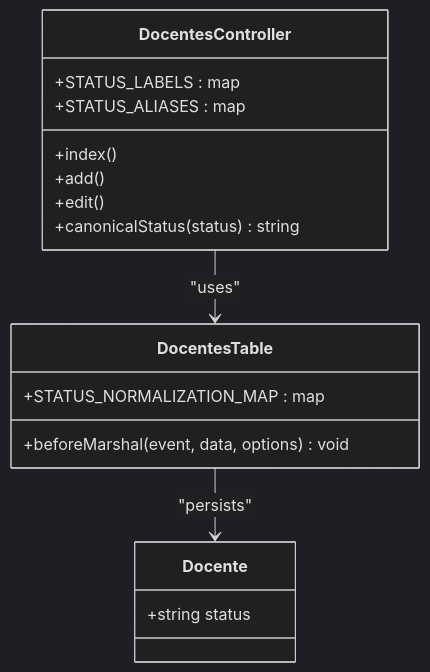
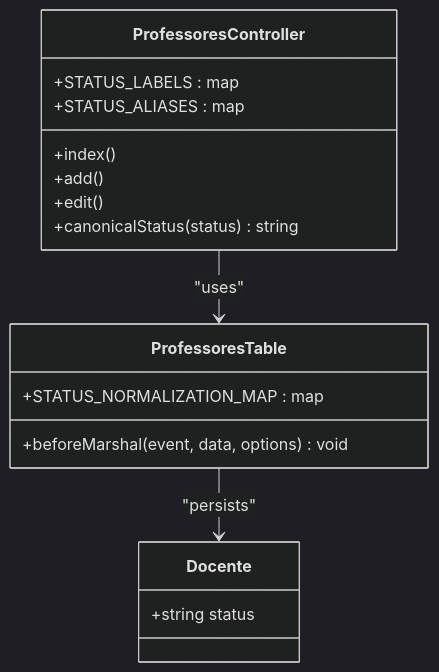
One commit to luiseduacosta/planejamento5 changed the fourth of 8 diagrams in .qoder/repowiki/en/content/Core Features/Faculty Management/Faculty Status Tracking.md. Above: the diagram before and after it, drawn with Mermaid (dark theme). The commit also changed other lines of this file and 37 other files, not shown here.

Commit message:
repowiki: rename Docentes → Professores in metadata

````diff
--- a/.qoder/repowiki/en/content/Core Features/Faculty Management/Faculty Status Tracking.md
+++ b/.qoder/repowiki/en/content/Core Features/Faculty Management/Faculty Status Tracking.md
@@ -174,20 +174,20 @@
 ```mermaid
 classDiagram
-class DocentesController {
+class ProfessoresController {
 +STATUS_LABELS : map
 +STATUS_ALIASES : map
 +index()
 +add()
 +edit()
 +canonicalStatus(status) string
 }
-class DocentesTable {
+class ProfessoresTable {
 +STATUS_NORMALIZATION_MAP : map
 +beforeMarshal(event, data, options) void
 }
 class Docente {
 +string status
 }
-DocentesController --> DocentesTable : "uses"
-DocentesTable --> Docente : "persists"
+ProfessoresController --> ProfessoresTable : "uses"
+ProfessoresTable --> Docente : "persists"
 ```
````
